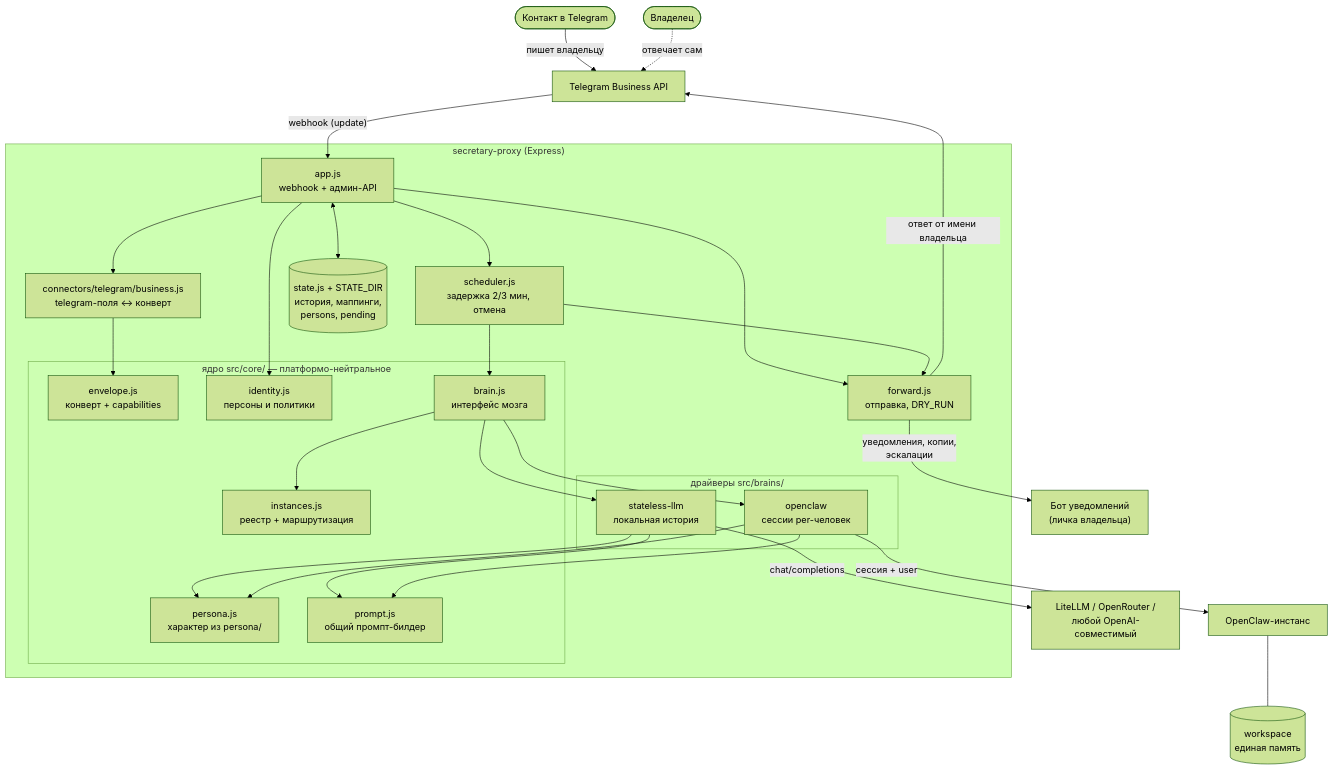
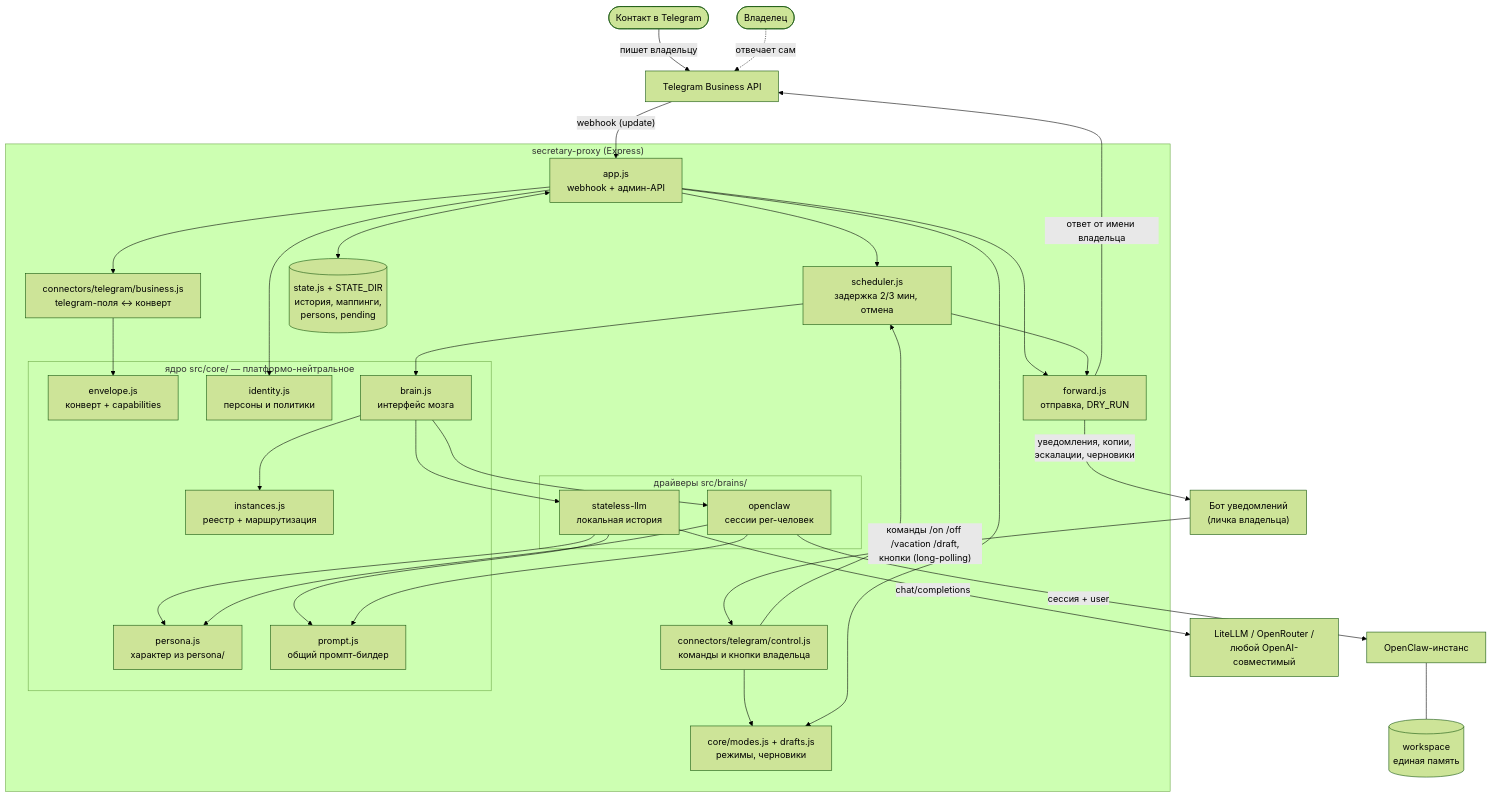
One commit to Rivega42/telegram-secretary changed the first of 3 diagrams in docs/architecture.md. Above: the diagram before and after it, drawn with Mermaid (forest theme). The commit also changed other lines of this file and 18 other files, not shown here.

First line of the commit message:
feat: этап 2 — control plane: управление секретарём из Telegram

````diff
--- a/docs/architecture.md
+++ b/docs/architecture.md
@@ -19,44 +19,50 @@
 ```mermaid
 flowchart TB
     CLIENT(["Контакт в Telegram"]) -->|пишет владельцу| TGAPI["Telegram Business API"]
     OWNER(["Владелец"]) -.->|отвечает сам| TGAPI
     TGAPI -->|"webhook (update)"| APP
 
     subgraph PROXY["secretary-proxy (Express)"]
         APP["app.js<br>webhook + админ-API"]
         CONN["connectors/telegram/business.js<br>telegram-поля ↔ конверт"]
         SCHED["scheduler.js<br>задержка 2/3 мин, отмена"]
 
         subgraph CORE["ядро src/core/ — платформо-нейтральное"]
             ENV["envelope.js<br>конверт + capabilities"]
             IDENT["identity.js<br>персоны и политики"]
             PERS["persona.js<br>характер из persona/"]
             BRAIN["brain.js<br>интерфейс мозга"]
             INST["instances.js<br>реестр + маршрутизация"]
             PROMPT["prompt.js<br>общий промпт-билдер"]
         end
 
         subgraph BRAINS["драйверы src/brains/"]
             SLLM["stateless-llm<br>локальная история"]
             OCLAW["openclaw<br>сессии per-человек"]
         end
 
+        CTRL["connectors/telegram/control.js<br>команды и кнопки владельца"]
+        MODES["core/modes.js + drafts.js<br>режимы, черновики"]
         FWD["forward.js<br>отправка, DRY_RUN"]
         STATE[("state.js + STATE_DIR<br>история, маппинги,<br>persons, pending")]
     end
 
     APP --> CONN --> ENV
     APP --> IDENT
     APP --> SCHED --> BRAIN
     BRAIN --> INST
     BRAIN --> SLLM & OCLAW
     SLLM & OCLAW --> PROMPT & PERS
     SLLM -->|"chat/completions"| LLM["LiteLLM / OpenRouter /<br>любой OpenAI-совместимый"]
     OCLAW -->|"сессия + user"| OC["OpenClaw-инстанс"]
     OC --- WS[("workspace<br>единая память")]
     APP --> FWD
     SCHED --> FWD
     FWD -->|"ответ от имени владельца"| TGAPI
-    FWD -->|"уведомления, копии,<br>эскалации"| NOTIFY["Бот уведомлений<br>(личка владельца)"]
+    FWD -->|"уведомления, копии,<br>эскалации, черновики"| NOTIFY["Бот уведомлений<br>(личка владельца)"]
+    NOTIFY -->|"команды /on /off /vacation /draft,<br>кнопки (long-polling)"| CTRL
+    CTRL --> MODES
+    CTRL --> SCHED
+    APP --> MODES
     APP <--> STATE
 ```
````
